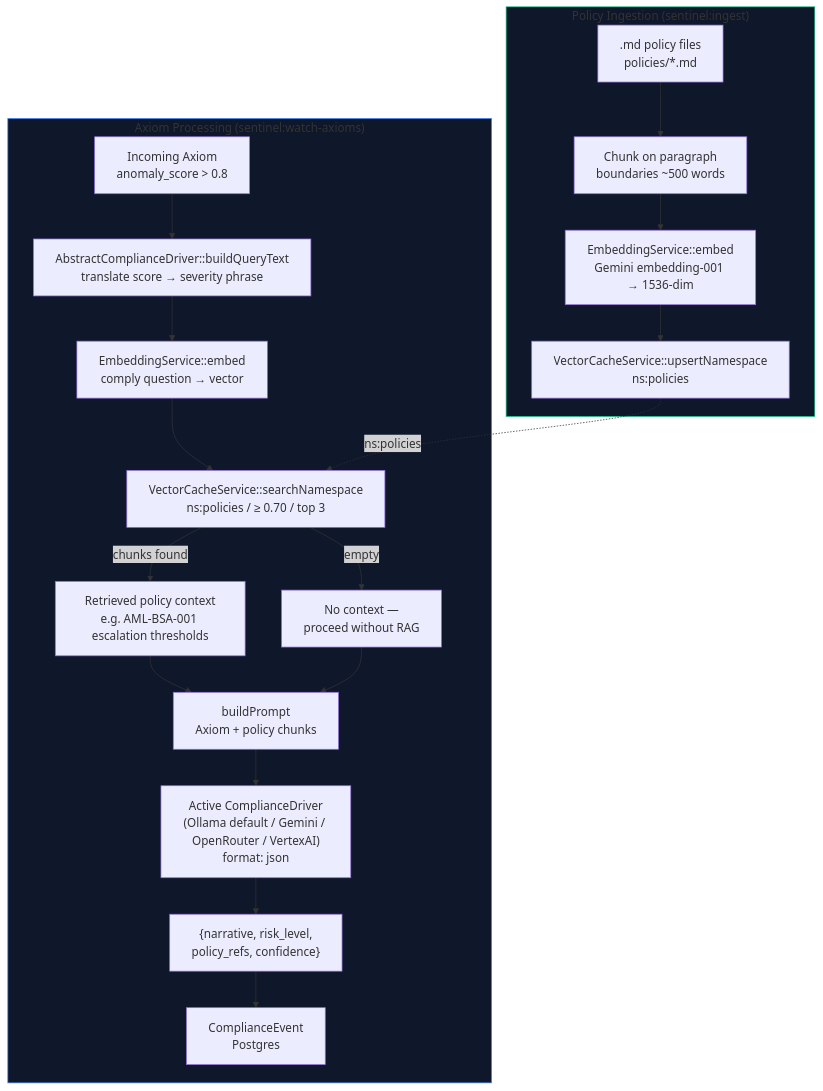
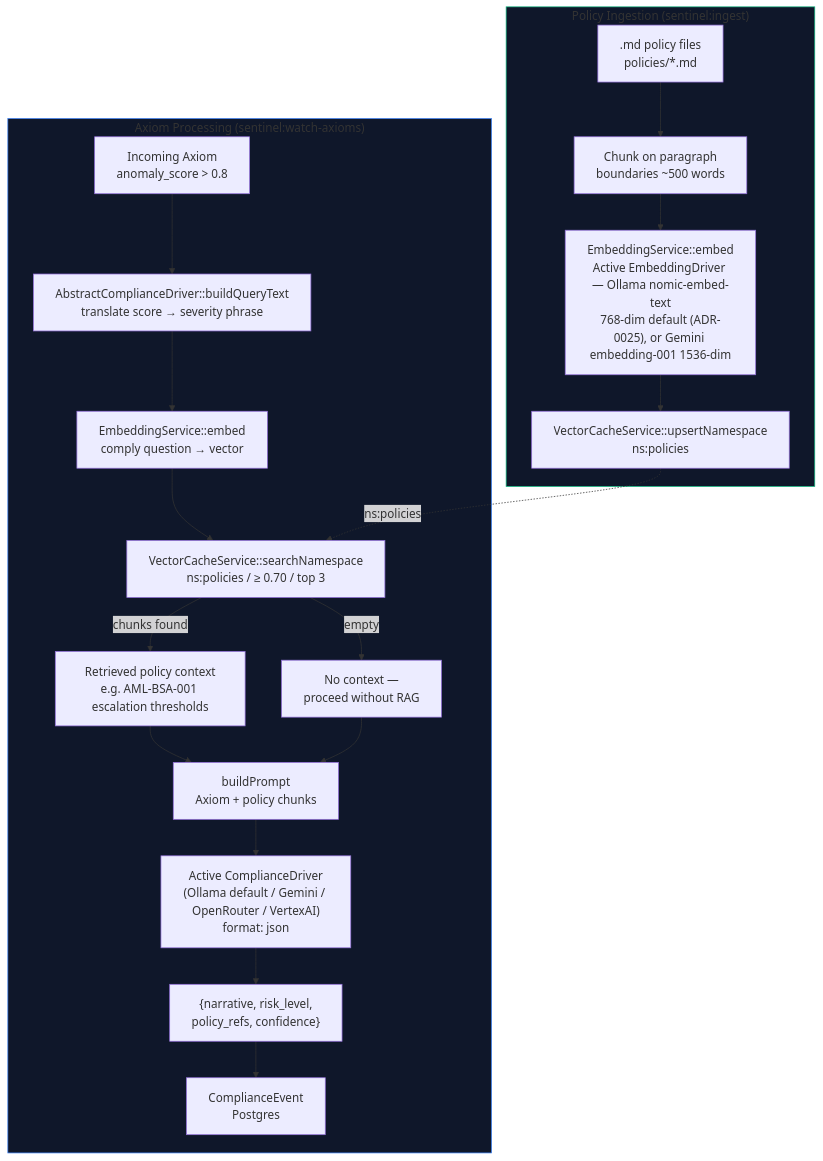
Before and after one commit to obrienma/sentinel-l7: the diagram in docs/diagrams/RAG_PIPELINE.md, drawn with Mermaid. The commit also changed other lines of this file and 2 other files, not shown here.

````diff
--- a/docs/diagrams/RAG_PIPELINE.md
+++ b/docs/diagrams/RAG_PIPELINE.md
@@ -11,27 +11,27 @@
 ```mermaid
 flowchart TD
     subgraph Ingestion["Policy Ingestion (sentinel:ingest)"]
         MD[".md policy files\npolicies/*.md"] --> Chunk["Chunk on paragraph\nboundaries ~500 words"]
-        Chunk --> Embed1["EmbeddingService::embed\nGemini embedding-001 → 1536-dim"]
+        Chunk --> Embed1["EmbeddingService::embed\nActive EmbeddingDriver — Ollama nomic-embed-text\n768-dim default (ADR-0025), or Gemini embedding-001 1536-dim"]
         Embed1 --> Upsert["VectorCacheService::upsertNamespace\nns:policies"]
     end
 
     subgraph Runtime["Axiom Processing (sentinel:watch-axioms)"]
         AX[Incoming Axiom\nanomaly_score > 0.8] --> Query["AbstractComplianceDriver::buildQueryText\ntranslate score → severity phrase"]
         Query --> Embed2["EmbeddingService::embed\ncomply question → vector"]
         Embed2 --> PolicySearch["VectorCacheService::searchNamespace\nns:policies / ≥ 0.70 / top 3"]
 
         PolicySearch -->|chunks found| PolicyCtx["Retrieved policy context\ne.g. AML-BSA-001 escalation thresholds"]
         PolicySearch -->|empty| NoCtx["No context —\nproceed without RAG"]
 
         PolicyCtx & NoCtx --> Prompt["buildPrompt\nAxiom + policy chunks"]
         Prompt --> Model["Active ComplianceDriver\n(Ollama default / Gemini / OpenRouter / VertexAI)\nformat: json"]
         Model --> Result["{narrative, risk_level,\npolicy_refs, confidence}"]
         Result --> Persist["ComplianceEvent\nPostgres"]
     end
 
     Upsert -.->|ns:policies| PolicySearch
 
     style Ingestion fill:#0f172a,stroke:#10b981
     style Runtime fill:#0f172a,stroke:#3b82f6
 ```
````
